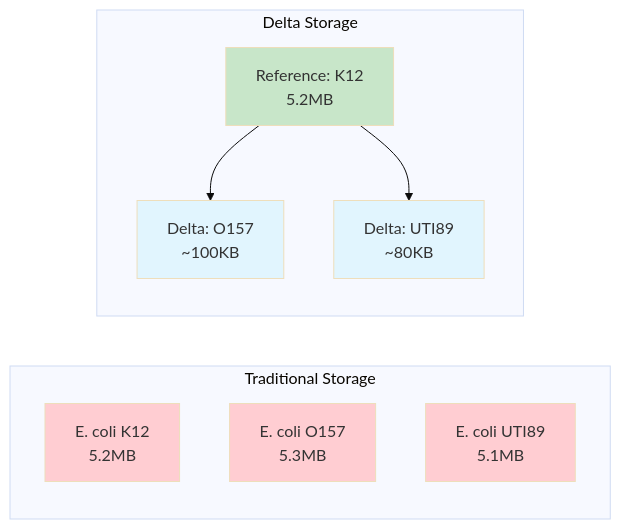
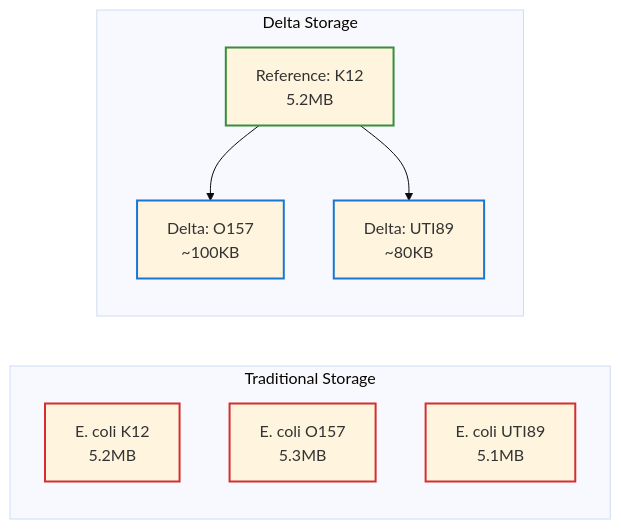
Before and after one commit to bfowle/talaria: the third of 5 diagrams in docs/src/casg/overview.md, drawn with Mermaid (base theme). The commit also changed other lines of this file and 65 other files, not shown here.

````diff
--- a/docs/src/casg/overview.md
+++ b/docs/src/casg/overview.md
@@ -213,23 +226,23 @@
 ```mermaid
 graph LR
     subgraph "Traditional Storage"
         S1[E. coli K12<br/>5.2MB]
         S2[E. coli O157<br/>5.3MB]
         S3[E. coli UTI89<br/>5.1MB]
     end
 
     subgraph "Delta Storage"
         R[Reference: K12<br/>5.2MB]
         D1[Delta: O157<br/>~100KB]
         D2[Delta: UTI89<br/>~80KB]
         R --> D1
         R --> D2
     end
 
-    style S1 fill:#ffcdd2
-    style S2 fill:#ffcdd2
-    style S3 fill:#ffcdd2
-    style R fill:#c8e6c9
-    style D1 fill:#e1f5fe
-    style D2 fill:#e1f5fe
+    style S1 stroke:#d32f2f,stroke-width:2px
+    style S2 stroke:#d32f2f,stroke-width:2px
+    style S3 stroke:#d32f2f,stroke-width:2px
+    style R stroke:#388e3c,stroke-width:2px
+    style D1 stroke:#1976d2,stroke-width:2px
+    style D2 stroke:#1976d2,stroke-width:2px
 ```
````
